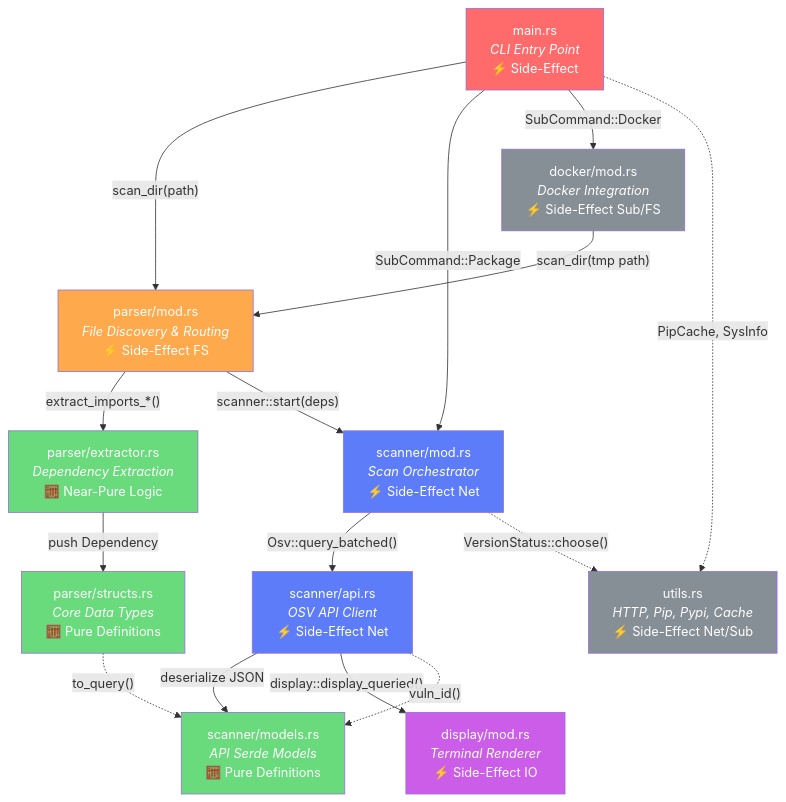
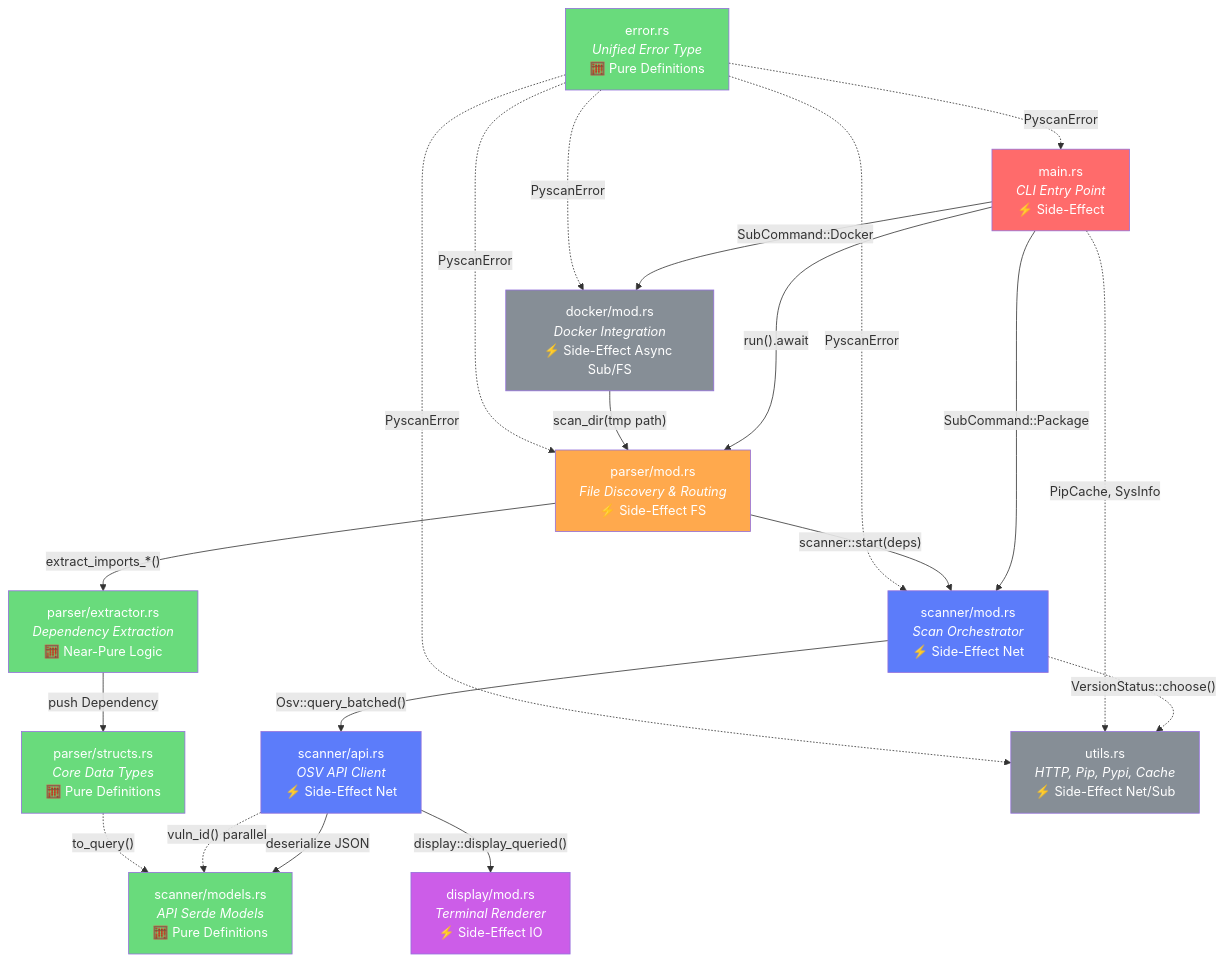
Before and after one commit to ohaswin/pyscan: the first of 2 diagrams in architecture/ARCH_MANIFEST.md, drawn with Mermaid. The commit also changed other lines of this file and 12 other files, not shown here.

Commit message:
refactor: implement unified error handling, migrate to async subprocesses, and optimize OSV vulnerability fetching with parallel execution

````diff
--- a/architecture/ARCH_MANIFEST.md
+++ b/architecture/ARCH_MANIFEST.md
@@ -28,39 +28,46 @@
 ```mermaid
 graph TD
     CLI["main.rs<br/><i>CLI Entry Point</i><br/>⚡ Side-Effect"]
+    ERROR["error.rs<br/><i>Unified Error Type</i><br/>🧮 Pure Definitions"]
     PARSER["parser/mod.rs<br/><i>File Discovery & Routing</i><br/>⚡ Side-Effect FS"]
     EXTRACTOR["parser/extractor.rs<br/><i>Dependency Extraction</i><br/>🧮 Near-Pure Logic"]
     STRUCTS["parser/structs.rs<br/><i>Core Data Types</i><br/>🧮 Pure Definitions"]
     SCANNER["scanner/mod.rs<br/><i>Scan Orchestrator</i><br/>⚡ Side-Effect Net"]
     API["scanner/api.rs<br/><i>OSV API Client</i><br/>⚡ Side-Effect Net"]
     MODELS["scanner/models.rs<br/><i>API Serde Models</i><br/>🧮 Pure Definitions"]
     DISPLAY["display/mod.rs<br/><i>Terminal Renderer</i><br/>⚡ Side-Effect IO"]
     UTILS["utils.rs<br/><i>HTTP, Pip, Pypi, Cache</i><br/>⚡ Side-Effect Net/Sub"]
-    DOCKER["docker/mod.rs<br/><i>Docker Integration</i><br/>⚡ Side-Effect Sub/FS"]
+    DOCKER["docker/mod.rs<br/><i>Docker Integration</i><br/>⚡ Side-Effect Async Sub/FS"]
 
-    CLI -->|"scan_dir(path)"| PARSER
+    CLI -->|"run().await"| PARSER
     CLI -->|"SubCommand::Package"| SCANNER
     CLI -->|"SubCommand::Docker"| DOCKER
     PARSER -->|"extract_imports_*()"| EXTRACTOR
     PARSER -->|"scanner::start(deps)"| SCANNER
     EXTRACTOR -->|"push Dependency"| STRUCTS
     SCANNER -->|"Osv::query_batched()"| API
     API -->|"deserialize JSON"| MODELS
     API -->|"display::display_queried()"| DISPLAY
     SCANNER -.->|"VersionStatus::choose()"| UTILS
-    API -.->|"vuln_id()"| MODELS
+    API -.->|"vuln_id() parallel"| MODELS
     DOCKER -->|"scan_dir(tmp path)"| PARSER
     CLI -.->|"PipCache, SysInfo"| UTILS
     STRUCTS -.->|"to_query()"| MODELS
+    ERROR -.->|"PyscanError"| CLI
+    ERROR -.->|"PyscanError"| PARSER
+    ERROR -.->|"PyscanError"| SCANNER
+    ERROR -.->|"PyscanError"| UTILS
+    ERROR -.->|"PyscanError"| DOCKER
 
     style CLI fill:#ff6b6b,color:#fff
+    style ERROR fill:#69db7c,color:#fff
     style PARSER fill:#ffa94d,color:#fff
     style EXTRACTOR fill:#69db7c,color:#fff
     style STRUCTS fill:#69db7c,color:#fff
     style SCANNER fill:#5c7cfa,color:#fff
     style API fill:#5c7cfa,color:#fff
     style MODELS fill:#69db7c,color:#fff
     style DISPLAY fill:#cc5de8,color:#fff
     style UTILS fill:#868e96,color:#fff
     style DOCKER fill:#868e96,color:#fff
 ```
````
